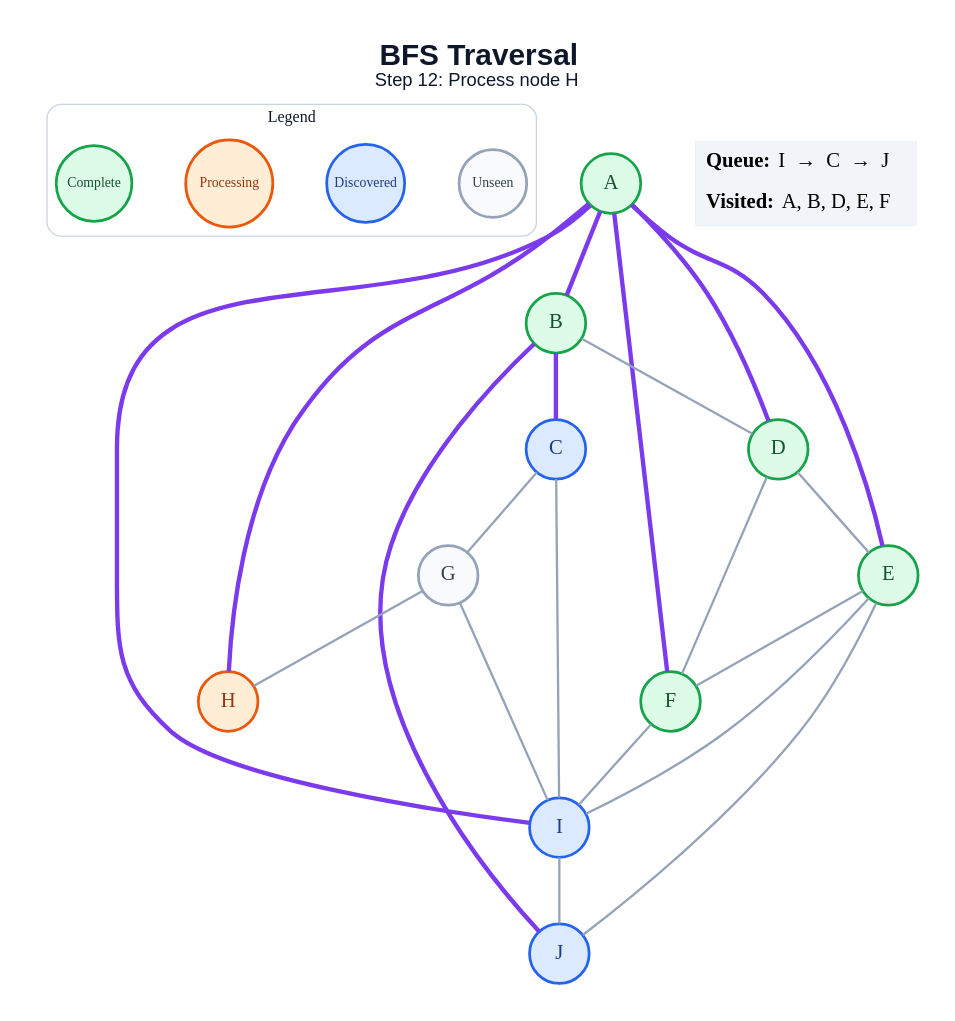
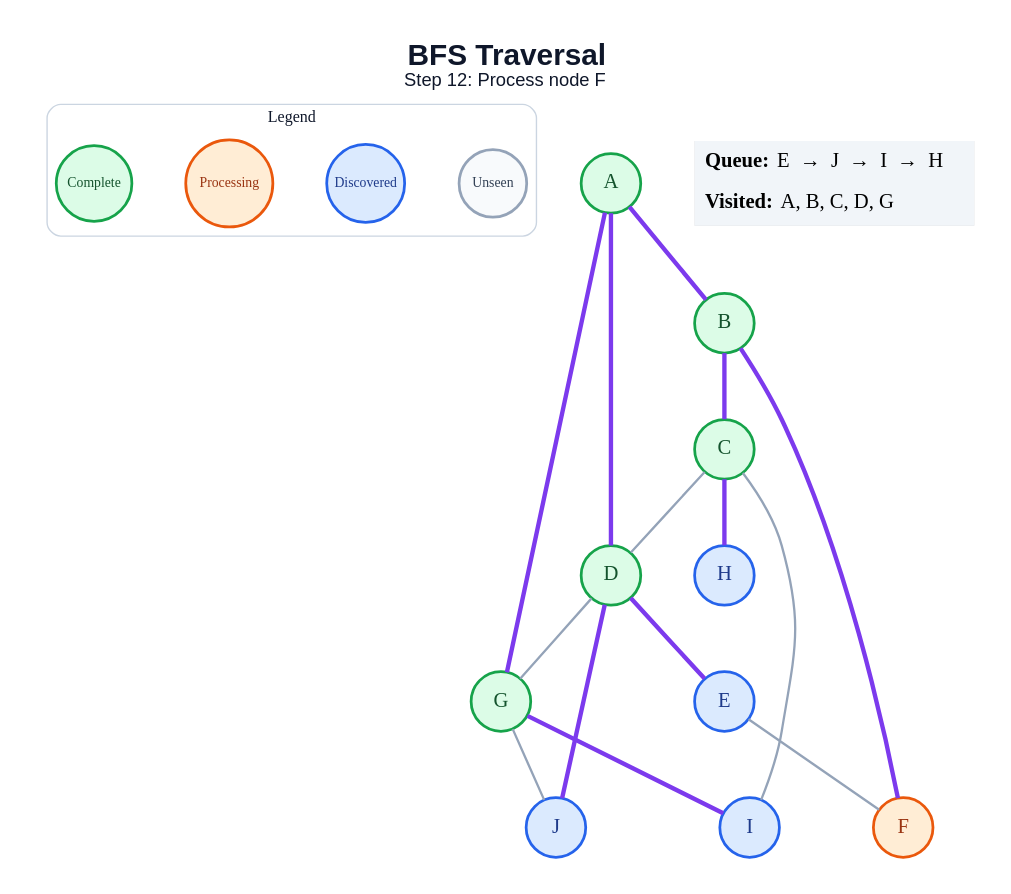
One commit to anon7238593-create/ai-slop changed the diagram in generated/bfs/step_12.dot. Above: the diagram before and after it, drawn with Graphviz. The commit also changed 178 other files, not shown here.

```diff
--- a/generated/bfs/step_12.dot
+++ b/generated/bfs/step_12.dot
@@ -1,49 +1,43 @@
 graph traversal {
   graph [layout=dot, rankdir=TB, bgcolor="#FFFFFF", pad="0.35", nodesep="0.65", ranksep="0.8", fontname="Arial"];
   node [shape=circle, style="filled", fontname="Arial Bold", fontsize=18, width=0.72, fixedsize=true, penwidth=2.4];
   edge [color="#94A3B8", penwidth=2.0];
-  label=<<B>BFS Traversal</B><BR/><FONT POINT-SIZE="16">Step 12: Process node H</FONT>>; labelloc="t"; fontsize=26; fontname="Arial"; fontcolor="#0F172A";
+  label=<<B>BFS Traversal</B><BR/><FONT POINT-SIZE="16">Step 12: Process node F</FONT>>; labelloc="t"; fontsize=26; fontname="Arial"; fontcolor="#0F172A";
   subgraph cluster_legend { label="Legend"; color="#CBD5E1"; penwidth=1.2; style="rounded"; fontsize=14; fontname="Arial Bold";
     key_unseen [label="Unseen", fillcolor="#F8FAFC", color="#94A3B8", fontcolor="#334155", fontsize=12, width=0.82];
     key_frontier [label="Discovered", fillcolor="#DBEAFE", color="#2563EB", fontcolor="#1E3A8A", fontsize=12, width=0.95];
     key_current [label="Processing", fillcolor="#FFEDD5", color="#EA580C", fontcolor="#9A3412", fontsize=12, width=1.05];
     key_done [label="Complete", fillcolor="#DCFCE7", color="#16A34A", fontcolor="#14532D", fontsize=12, width=0.92];
     { rank=same; key_unseen; key_frontier; key_current; key_done; }
   }
   A [fillcolor="#DCFCE7", color="#16A34A", fontcolor="#14532D"];
   B [fillcolor="#DCFCE7", color="#16A34A", fontcolor="#14532D"];
-  C [fillcolor="#DBEAFE", color="#2563EB", fontcolor="#1E3A8A"];
+  C [fillcolor="#DCFCE7", color="#16A34A", fontcolor="#14532D"];
   D [fillcolor="#DCFCE7", color="#16A34A", fontcolor="#14532D"];
-  E [fillcolor="#DCFCE7", color="#16A34A", fontcolor="#14532D"];
-  F [fillcolor="#DCFCE7", color="#16A34A", fontcolor="#14532D"];
-  G [fillcolor="#F8FAFC", color="#94A3B8", fontcolor="#334155"];
-  H [fillcolor="#FFEDD5", color="#EA580C", fontcolor="#9A3412"];
+  E [fillcolor="#DBEAFE", color="#2563EB", fontcolor="#1E3A8A"];
+  F [fillcolor="#FFEDD5", color="#EA580C", fontcolor="#9A3412"];
+  G [fillcolor="#DCFCE7", color="#16A34A", fontcolor="#14532D"];
+  H [fillcolor="#DBEAFE", color="#2563EB", fontcolor="#1E3A8A"];
   I [fillcolor="#DBEAFE", color="#2563EB", fontcolor="#1E3A8A"];
   J [fillcolor="#DBEAFE", color="#2563EB", fontcolor="#1E3A8A"];
   A -- B [color="#7C3AED", penwidth=3.8];
   A -- D [color="#7C3AED", penwidth=3.8];
-  A -- E [color="#7C3AED", penwidth=3.8];
-  A -- F [color="#7C3AED", penwidth=3.8];
-  A -- H [color="#7C3AED", penwidth=3.8];
-  A -- I [color="#7C3AED", penwidth=3.8];
+  A -- G [color="#7C3AED", penwidth=3.8];
   B -- C [color="#7C3AED", penwidth=3.8];
-  B -- D;
-  B -- J [color="#7C3AED", penwidth=3.8];
-  C -- G;
+  B -- F [color="#7C3AED", penwidth=3.8];
+  C -- D;
+  C -- H [color="#7C3AED", penwidth=3.8];
   C -- I;
-  D -- E;
-  D -- F;
+  D -- E [color="#7C3AED", penwidth=3.8];
+  D -- G;
+  D -- J [color="#7C3AED", penwidth=3.8];
   E -- F;
-  E -- I;
-  E -- J;
-  F -- I;
-  G -- H;
-  G -- I;
-  I -- J;
+  G -- I [color="#7C3AED", penwidth=3.8];
+  G -- J;
   status [shape=plain, fixedsize=false, width=0, height=0, margin=0, label=<
     <TABLE BORDER="0" CELLBORDER="0" CELLPADDING="7" BGCOLOR="#F1F5F9">
-      <TR><TD ALIGN="LEFT"><B>Queue:</B> I  →  C  →  J</TD></TR>
-      <TR><TD ALIGN="LEFT"><B>Visited:</B> A, B, D, E, F</TD></TR>
+      <TR><TD ALIGN="LEFT"><B>Queue:</B> E  →  J  →  I  →  H</TD></TR>
+      <TR><TD ALIGN="LEFT"><B>Visited:</B> A, B, C, D, G</TD></TR>
     </TABLE>
   >];
 }
```
